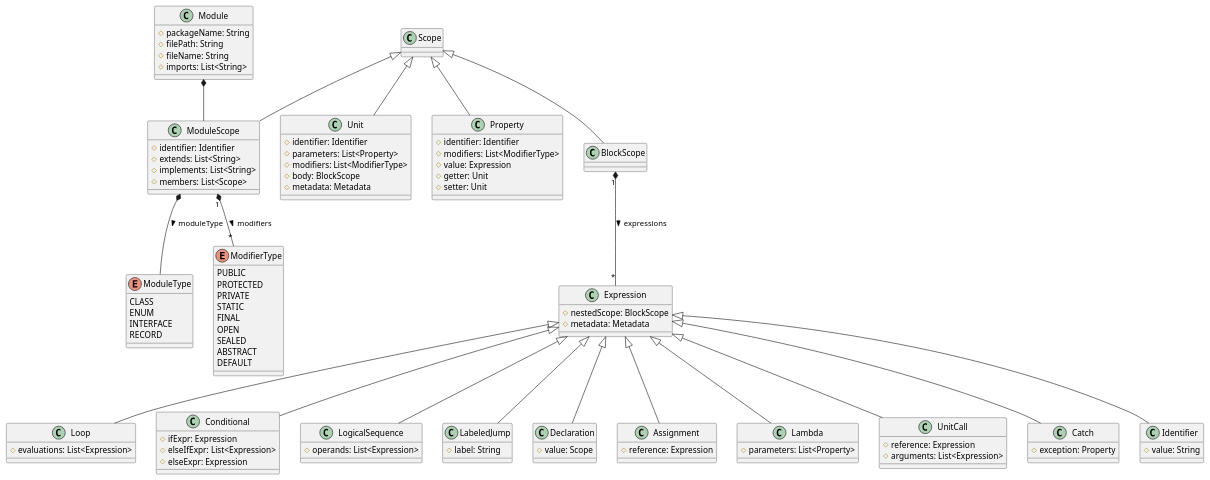
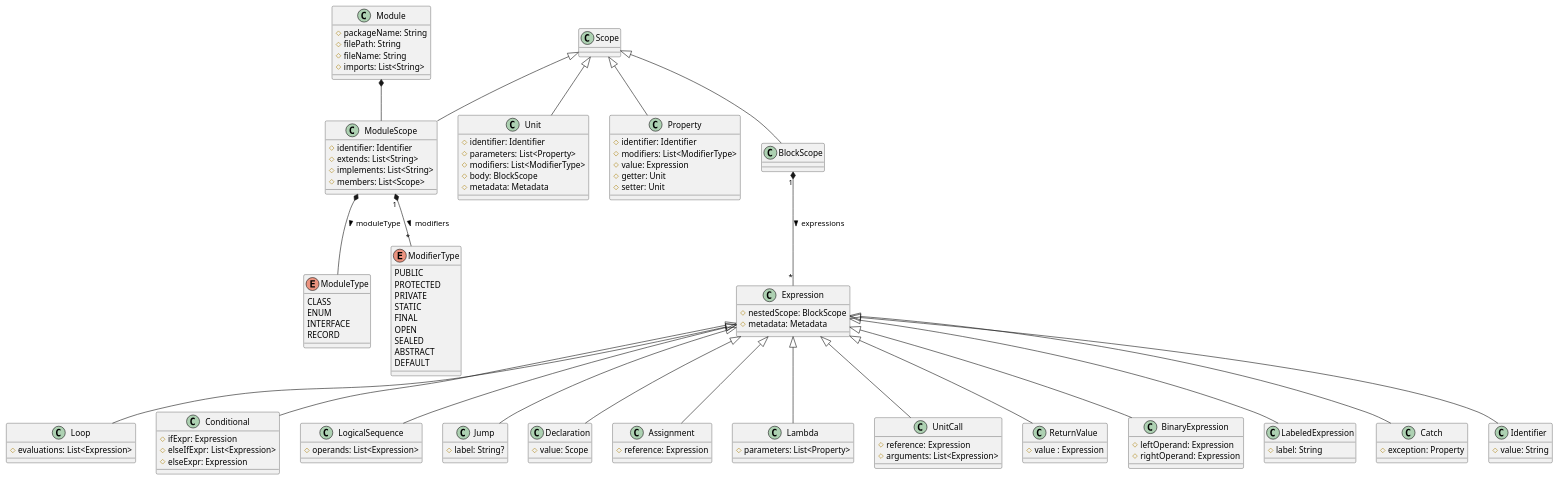
The diagram in docs/metamodel-v2-1.plantuml (MarnickvdA/LAMP-Framework), drawn with PlantUML before and after one commit. The commit also changed 8 other files, not shown here.

```diff
--- a/docs/metamodel-v2-1.plantuml
+++ b/docs/metamodel-v2-1.plantuml
@@ -1,107 +1,120 @@
 @startuml
 class Module
 class Scope
 class ModuleScope
 class Unit
 class Property
 class Expression
 class BlockScope
 
 class Loop
 class Conditional
 class LogicalSequence
-class LabeledJump
+class Jump
 class Declaration
 class Assignment
 class Lambda
 class UnitCall
+class ReturnValue
+class BinaryExpression
+class LabeledExpression
 
 enum ModuleType {
     CLASS
     ENUM
     INTERFACE
     RECORD
 }
 
 enum ModifierType {
     PUBLIC
     PROTECTED
     PRIVATE
     STATIC
     FINAL
     OPEN
     SEALED
     ABSTRACT
     DEFAULT
 }
 
 Module : # packageName: String
 Module : # filePath: String
 Module : # fileName: String
 Module : # imports: List<String>
 Module *-- ModuleScope
 
 Scope <|-- ModuleScope
 Scope <|-- Unit
 Scope <|-- Property
 Scope <|-- BlockScope
 
 ModuleScope : # identifier: Identifier
 ModuleScope : # extends: List<String>
 ModuleScope : # implements: List<String>
 ModuleScope : # members: List<Scope>
 ModuleScope "1" *-- "*" ModifierType : modifiers >
 ModuleScope *-- ModuleType : moduleType >
 
 Unit : # identifier: Identifier
 Unit : # parameters: List<Property>
 Unit : # modifiers: List<ModifierType>
 Unit : # body: BlockScope
 Unit : # metadata: Metadata
 
 Property : # identifier: Identifier
 Property : # modifiers: List<ModifierType>
 Property : # value: Expression
 Property : # getter: Unit
 Property : # setter: Unit
 
 BlockScope "1" *-- "*" Expression : expressions >
 
 Expression : # nestedScope: BlockScope
 Expression : # metadata: Metadata
 
 Expression <|-- Loop
 Expression <|-- Conditional
 Expression <|-- LogicalSequence
-Expression <|-- LabeledJump
+Expression <|-- Jump
 Expression <|-- Declaration
 Expression <|-- Assignment
 Expression <|-- Lambda
 Expression <|-- UnitCall
 Expression <|-- Catch
 Expression <|-- Identifier
+Expression <|-- ReturnValue
+Expression <|-- BinaryExpression
+Expression <|-- LabeledExpression
 
 Identifier : # value: String
 
 Catch : # exception: Property
 
 Loop : # evaluations: List<Expression>
 
 Conditional : # ifExpr: Expression
 Conditional : # elseIfExpr: List<Expression>
 Conditional : # elseExpr: Expression
 
 LogicalSequence : # operands: List<Expression>
 
-LabeledJump : # label: String
+BinaryExpression : # leftOperand: Expression
+BinaryExpression : # rightOperand: Expression
+
+Jump : # label: String?
+
+LabeledExpression : # label: String
+
+ReturnValue : # value : Expression
 
 Lambda : # parameters: List<Property>
 
 UnitCall : # reference: Expression
 UnitCall : # arguments: List<Expression>
 
 Declaration : # value: Scope
 
 Assignment : # reference: Expression
 
 @enduml
```
